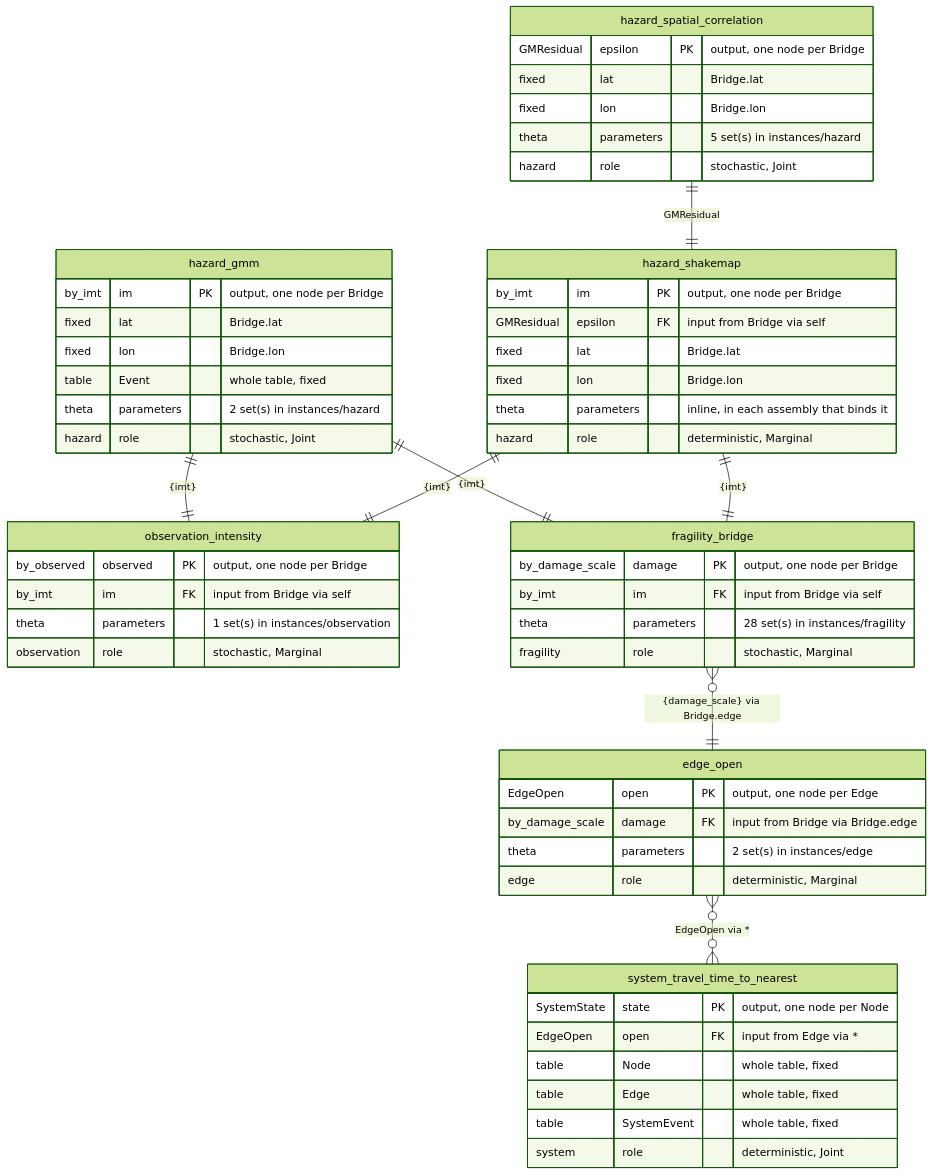
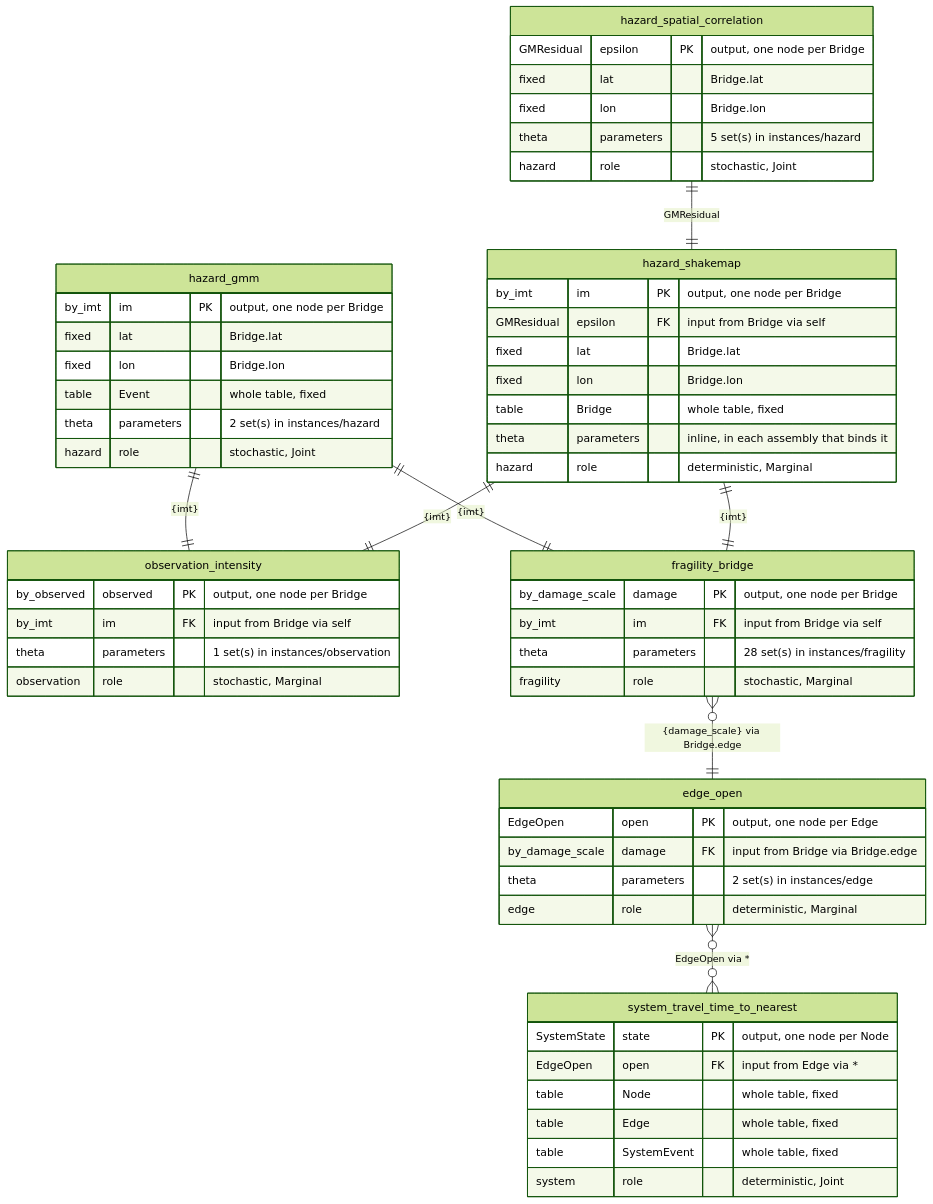
The first of 2 diagrams in schema/diagram.md (dynaryu/bn-transport-eq), drawn with Mermaid (forest theme) before and after one commit. The commit also changed 21 other files, not shown here.

````diff
--- a/schema/diagram.md
+++ b/schema/diagram.md
@@ -13,59 +13,60 @@
 ```mermaid
 erDiagram
     hazard_gmm {
         by_imt im PK "output, one node per Bridge"
         fixed lat "Bridge.lat"
         fixed lon "Bridge.lon"
         table Event "whole table, fixed"
         theta parameters "2 set(s) in instances/hazard"
         hazard role "stochastic, Joint"
     }
     hazard_shakemap {
         by_imt im PK "output, one node per Bridge"
         GMResidual epsilon FK "input from Bridge via self"
         fixed lat "Bridge.lat"
         fixed lon "Bridge.lon"
+        table Bridge "whole table, fixed"
         theta parameters "inline, in each assembly that binds it"
         hazard role "deterministic, Marginal"
     }
     hazard_spatial_correlation {
         GMResidual epsilon PK "output, one node per Bridge"
         fixed lat "Bridge.lat"
         fixed lon "Bridge.lon"
         theta parameters "5 set(s) in instances/hazard"
         hazard role "stochastic, Joint"
     }
     observation_intensity {
         by_observed observed PK "output, one node per Bridge"
         by_imt im FK "input from Bridge via self"
         theta parameters "1 set(s) in instances/observation"
         observation role "stochastic, Marginal"
     }
     fragility_bridge {
         by_damage_scale damage PK "output, one node per Bridge"
         by_imt im FK "input from Bridge via self"
         theta parameters "28 set(s) in instances/fragility"
         fragility role "stochastic, Marginal"
     }
     edge_open {
         EdgeOpen open PK "output, one node per Edge"
         by_damage_scale damage FK "input from Bridge via Bridge.edge"
         theta parameters "2 set(s) in instances/edge"
         edge role "deterministic, Marginal"
     }
     system_travel_time_to_nearest {
         SystemState state PK "output, one node per Node"
         EdgeOpen open FK "input from Edge via *"
         table Node "whole table, fixed"
         table Edge "whole table, fixed"
         table SystemEvent "whole table, fixed"
         system role "deterministic, Joint"
     }
     hazard_spatial_correlation ||--|| hazard_shakemap : "GMResidual"
     hazard_gmm ||--|| observation_intensity : "{imt}"
     hazard_shakemap ||--|| observation_intensity : "{imt}"
     hazard_gmm ||--|| fragility_bridge : "{imt}"
     hazard_shakemap ||--|| fragility_bridge : "{imt}"
     fragility_bridge }o--|| edge_open : "{damage_scale} via Bridge.edge"
     edge_open }o--o{ system_travel_time_to_nearest : "EdgeOpen via *"
 ```
````
